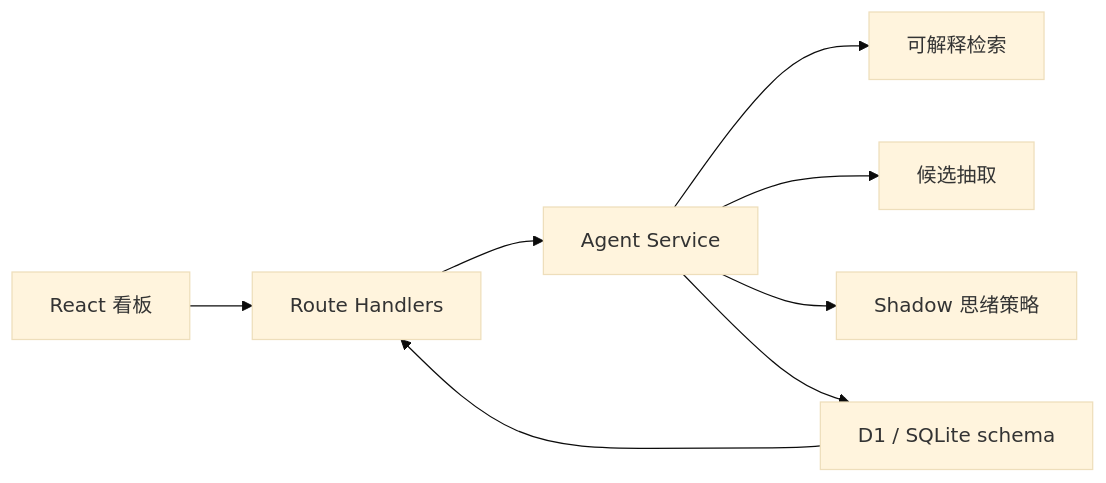
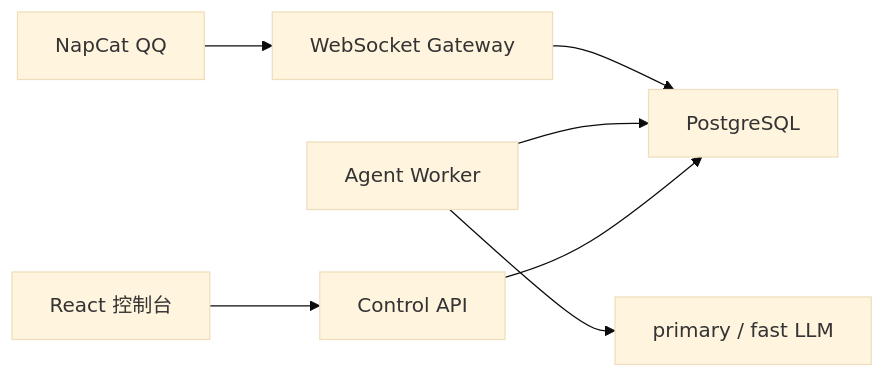
Before and after one commit to Caspian-Lin/Asuka-agent: the second of 4 diagrams in docs/requirements-and-development.md, drawn with Mermaid (base theme). The commit also changed other lines of this file and 79 other files, not shown here.

````diff
--- a/docs/requirements-and-development.md
+++ b/docs/requirements-and-development.md
@@ -234,10 +237,9 @@
 ```mermaid
 flowchart LR
-    UI["React 看板"] --> API["Route Handlers"]
-    API --> CORE["Agent Service"]
-    CORE --> RET["可解释检索"]
-    CORE --> EXT["候选抽取"]
-    CORE --> THO["Shadow 思绪策略"]
-    CORE --> DB["D1 / SQLite schema"]
-    DB --> API
+    QQ["NapCat QQ"] --> GW["WebSocket Gateway"]
+    GW --> PG["PostgreSQL"]
+    WK["Agent Worker"] --> PG
+    WK --> LLM["primary / fast LLM"]
+    API["Control API"] --> PG
+    UI["React 控制台"] --> API
 ```
````
